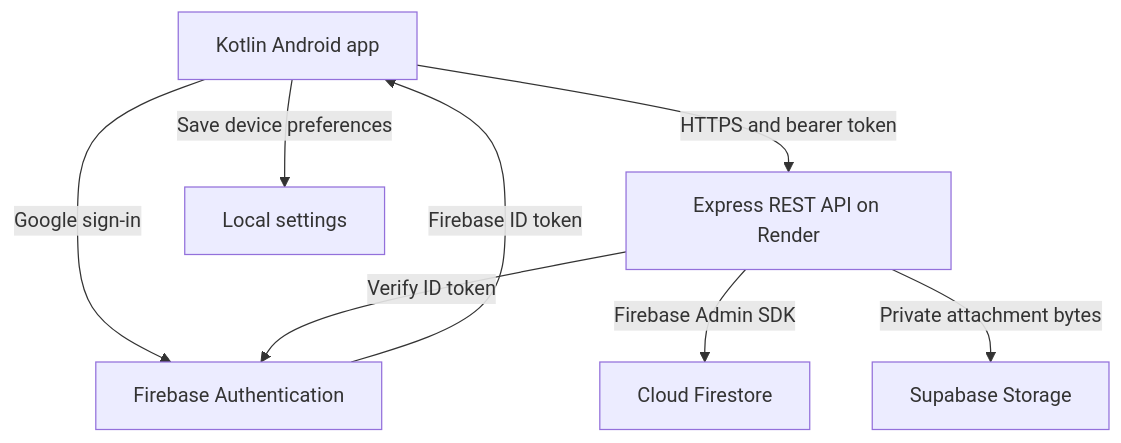
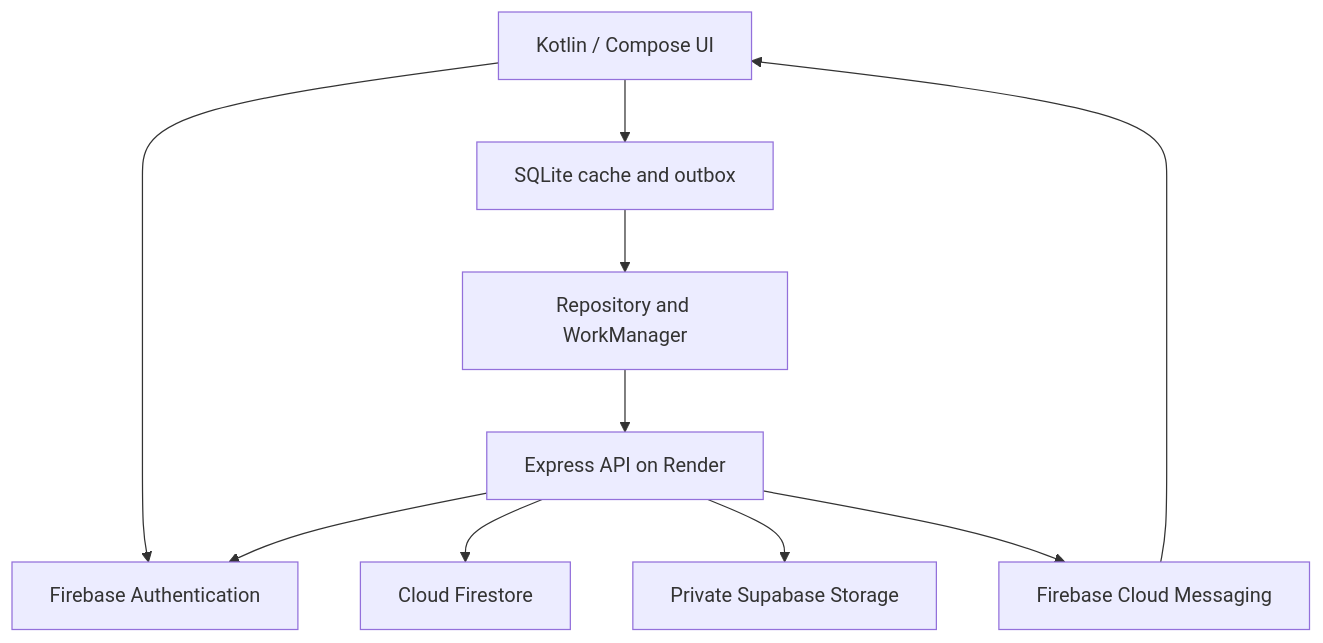
The diagram in README.md (ST10435330/PROG7314_POE_Part_3), drawn with Mermaid before and after one commit. The commit also changed other lines of this file, not shown here.

````diff
--- a/README.md
+++ b/README.md
@@ -134,10 +48,12 @@
 ```mermaid
 flowchart TD
-    A["Kotlin Android app"] -->|Google sign-in| B["Firebase Authentication"]
-    B -->|Firebase ID token| A
-    A -->|HTTPS and bearer token| C["Express REST API on Render"]
-    C -->|Verify ID token| B
-    C -->|Firebase Admin SDK| D["Cloud Firestore"]
-    C -->|Private attachment bytes| F["Supabase Storage"]
-    A -->|Save device preferences| E["Local settings"]
+    UI["Kotlin / Compose UI"] --> Local["SQLite cache and outbox"]
+    Local --> Sync["Repository and WorkManager"]
+    Sync --> API["Express API on Render"]
+    UI --> Auth["Firebase Authentication"]
+    API --> Auth
+    API --> DB["Cloud Firestore"]
+    API --> Blob["Private Supabase Storage"]
+    API --> Push["Firebase Cloud Messaging"]
+    Push --> UI
 ```
````
